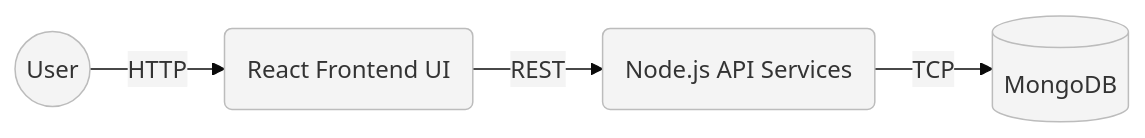
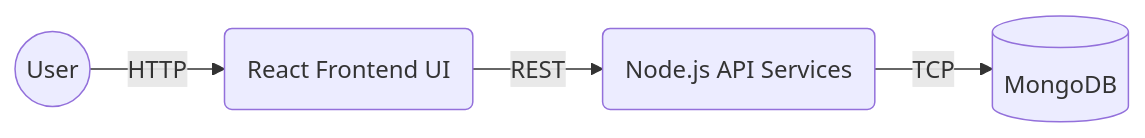
One commit to jotyprokash/Flightly-Fly-application-K8s-Multi-Cloud changed the diagram in README.md. Above: the diagram before and after it, drawn with Mermaid. The commit also changed other lines of this file, not shown here.

Commit message:
fix readme badge wrapping and diagram navigation layout

````diff
--- a/README.md
+++ b/README.md
@@ -21,7 +16,6 @@
 ```mermaid
-%%{init: {'theme': 'base', 'themeVariables': { 'primaryColor': '#f4f4f4', 'primaryBorderColor': '#bcbcbc' }}}%%
-graph LR
+flowchart LR
     Client((User)) -->|HTTP| UI(React Frontend UI)
     UI -->|REST| API(Node.js API Services)
     API -->|TCP| DB[(MongoDB)]
 ```
````
